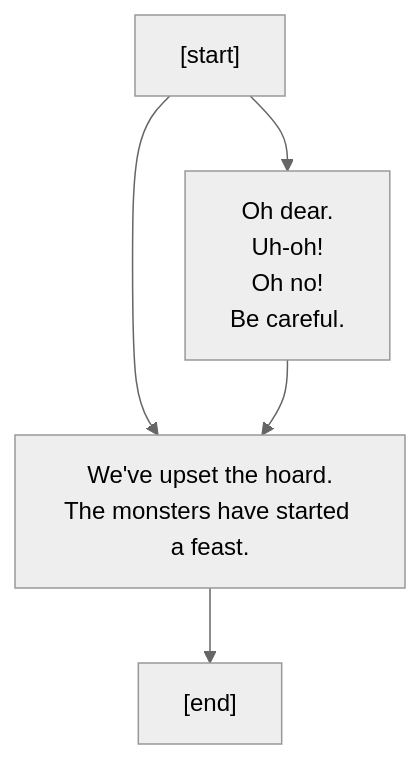
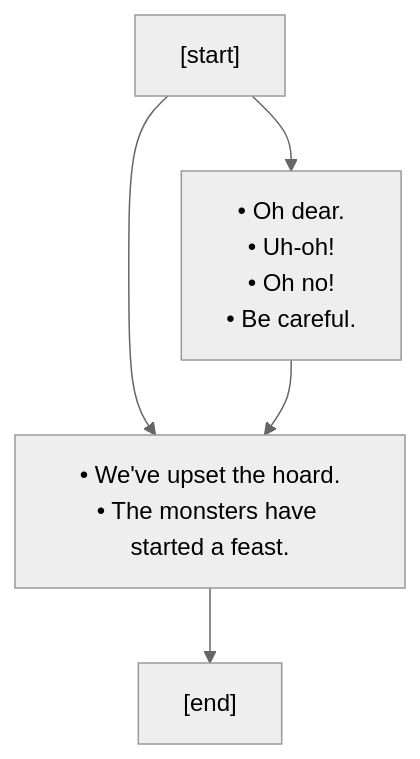
One commit to charredUtensil/groundhog changed the first of 4 diagrams in src/core/lore/graphs/pandora.md. Above: the diagram before and after it, drawn with Mermaid (neutral theme). The commit also changed other lines of this file and 7 other files, not shown here.

````diff
--- a/src/core/lore/graphs/pandora.md
+++ b/src/core/lore/graphs/pandora.md
@@ -3,11 +3,11 @@
 ```mermaid
 flowchart TD;
 P0["[start]"]
 P0 --> P1
 P0 --> P2
-P1["Oh dear.<br/>Uh-oh!<br/>Oh no!<br/>Be careful."]
+P1["&bull; Oh dear.<br/>&bull; Uh-oh!<br/>&bull; Oh no!<br/>&bull; Be careful."]
 P1 --> P2
-P2["We've upset the hoard.<br/>The monsters have started a feast. "]
+P2["&bull; We've upset the hoard.<br/>&bull; The monsters have started a feast. "]
 P2 --> P3
 P3["[end]"]
 ```
````
